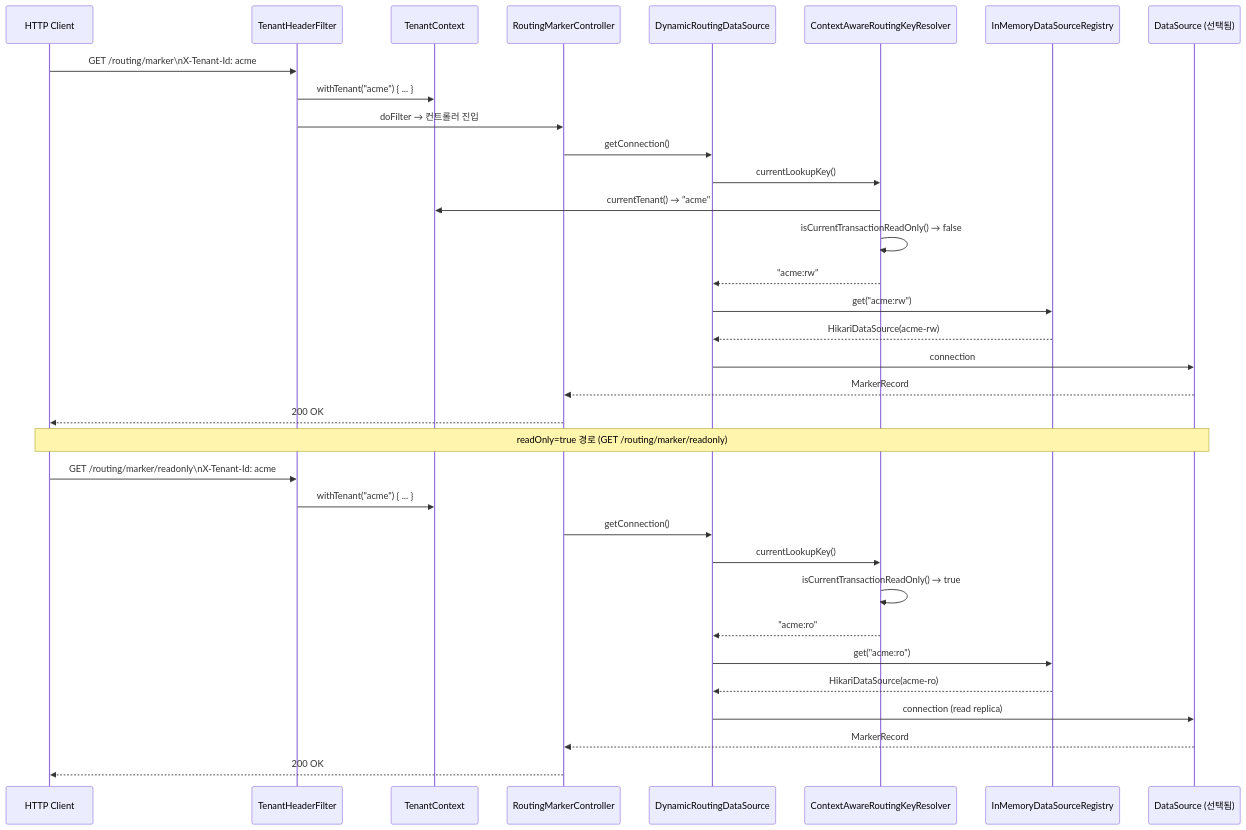
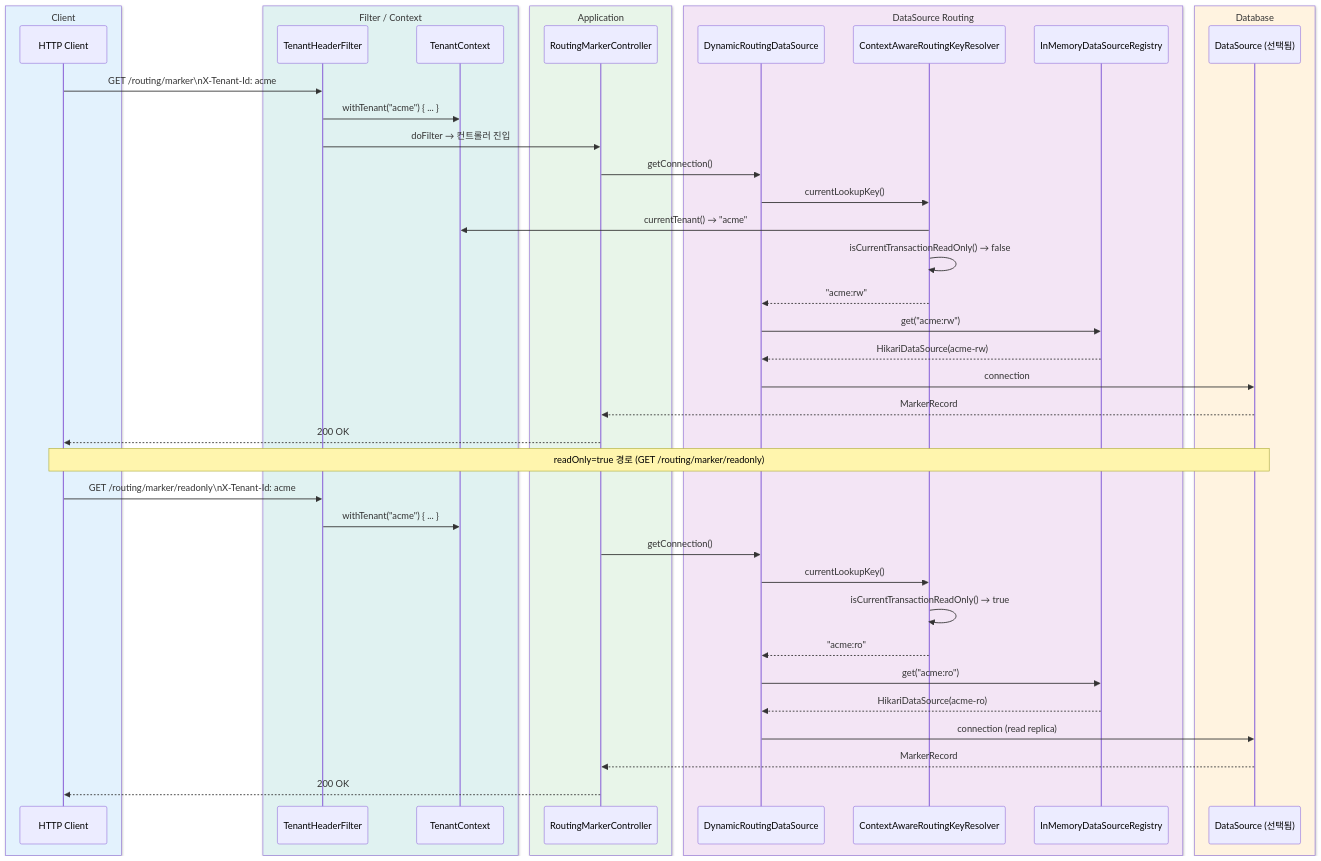
Before and after one commit to bluetape4k/exposed-workshop: the third of 3 diagrams in 11-high-performance/03-routing-datasource/README.ko.md, drawn with Mermaid. The commit also changed 43 other files, not shown here.

First line of the commit message:
docs: sequence diagram에 box rgb() 파스텔 영역 적용

````diff
--- a/11-high-performance/03-routing-datasource/README.ko.md
+++ b/11-high-performance/03-routing-datasource/README.ko.md
@@ -160,37 +160,47 @@
 ```mermaid
-%%{init: {"theme": "neutral", "themeVariables": {"fontFamily": "'Comic Mono', 'goorm sans code', 'JetBrains Mono', 'goorm sans'", "actorBkg": "#E3F2FD", "actorBorder": "#90CAF9", "actorTextColor": "#1565C0", "actorLineColor": "#90CAF9", "activationBkgColor": "#E8F5E9", "activationBorderColor": "#A5D6A7", "labelBoxBkgColor": "#FFF3E0", "labelBoxBorderColor": "#FFCC80", "labelTextColor": "#E65100", "loopTextColor": "#6A1B9A", "noteBkgColor": "#F3E5F5", "noteBorderColor": "#CE93D8", "noteTextColor": "#6A1B9A", "signalColor": "#1565C0", "signalTextColor": "#1565C0"}}}%%
+%%{init: {"theme": "neutral", "themeVariables": {"fontFamily": "'Comic Mono', 'goorm sans code', 'JetBrains Mono', 'goorm sans'"}}}%%
 sequenceDiagram
-    participant C as HTTP Client
-    participant F as TenantHeaderFilter
-    participant TC as TenantContext
-    participant Ctrl as RoutingMarkerController
-    participant DS as DynamicRoutingDataSource
-    participant KR as ContextAwareRoutingKeyResolver
-    participant Reg as InMemoryDataSourceRegistry
-    participant DB as DataSource (선택됨)
+    box rgb(227, 242, 253) Client
+        participant C as HTTP Client
+    end
+    box rgb(224, 242, 241) Filter / Context
+        participant F as TenantHeaderFilter
+        participant TC as TenantContext
+    end
+    box rgb(232, 245, 233) Application
+        participant Ctrl as RoutingMarkerController
+    end
+    box rgb(243, 229, 245) DataSource Routing
+        participant DS as DynamicRoutingDataSource
+        participant KR as ContextAwareRoutingKeyResolver
+        participant Reg as InMemoryDataSourceRegistry
+    end
+    box rgb(255, 243, 224) Database
+        participant DB as DataSource (선택됨)
+    end
     C ->> F: GET /routing/marker\nX-Tenant-Id: acme
     F ->> TC: withTenant("acme") { ... }
     F ->> Ctrl: doFilter → 컨트롤러 진입
     Ctrl ->> DS: getConnection()
     DS ->> KR: currentLookupKey()
     KR ->> TC: currentTenant() → "acme"
     KR ->> KR: isCurrentTransactionReadOnly() → false
     KR -->> DS: "acme:rw"
     DS ->> Reg: get("acme:rw")
     Reg -->> DS: HikariDataSource(acme-rw)
     DS ->> DB: connection
     DB -->> Ctrl: MarkerRecord
     Ctrl -->> C: 200 OK
     Note over C, DB: readOnly=true 경로 (GET /routing/marker/readonly)
     C ->> F: GET /routing/marker/readonly\nX-Tenant-Id: acme
     F ->> TC: withTenant("acme") { ... }
     Ctrl ->> DS: getConnection()
     DS ->> KR: currentLookupKey()
     KR ->> KR: isCurrentTransactionReadOnly() → true
     KR -->> DS: "acme:ro"
     DS ->> Reg: get("acme:ro")
     Reg -->> DS: HikariDataSource(acme-ro)
     DS ->> DB: connection (read replica)
     DB -->> Ctrl: MarkerRecord
     Ctrl -->> C: 200 OK
 ```
````
